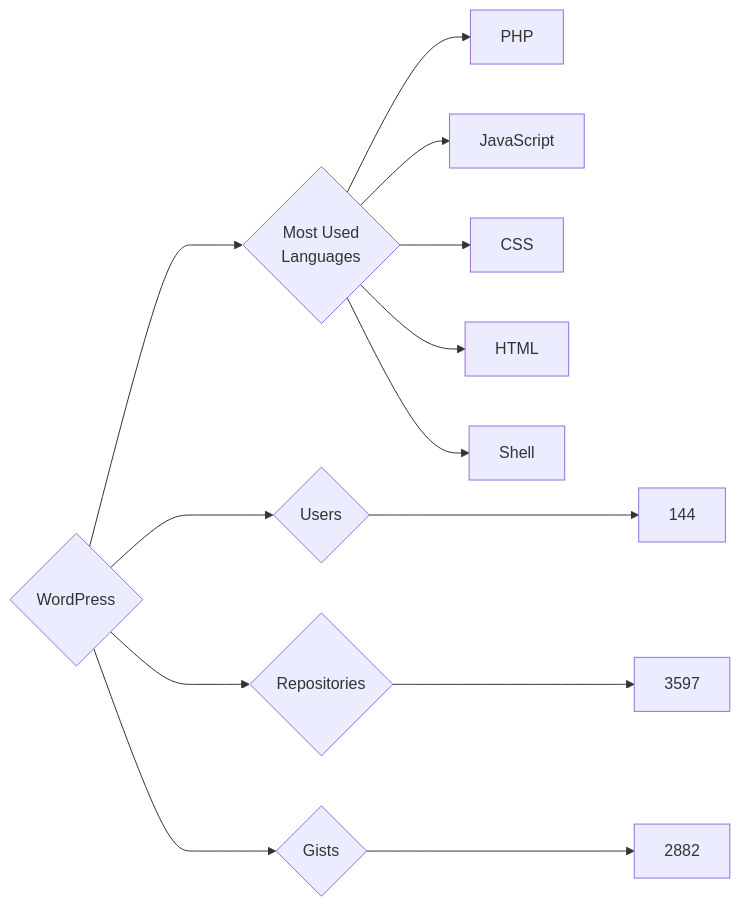
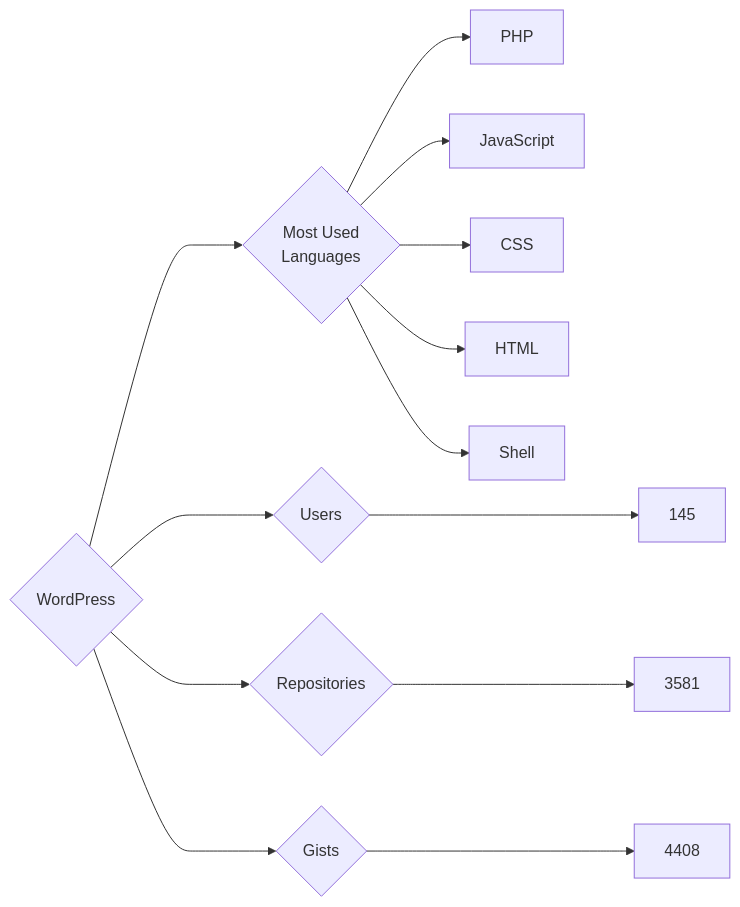
The diagram in targets/WordPress/README.md (trickest/insiders), drawn with Mermaid before and after one commit. The commit also changed 1508 other files, not shown here.

````diff
--- a/targets/WordPress/README.md
+++ b/targets/WordPress/README.md
@@ -3,13 +3,13 @@
 ```mermaid
 graph LR
 COMPANY_NAME{WordPress}
-COMPANY_NAME ---> U{Users} ---> UN[144]
-COMPANY_NAME ---> R{Repositories} ---> RN[3597]
-COMPANY_NAME ---> G{Gists} ---> GN[2882]
+COMPANY_NAME ---> U{Users} ---> UN[145]
+COMPANY_NAME ---> R{Repositories} ---> RN[3581]
+COMPANY_NAME ---> G{Gists} ---> GN[4408]
 COMPANY_NAME ---> ML{Most Used<br>Languages}
 ML --> PHP[PHP]
 ML --> JavaScript[JavaScript]
 ML --> CSS[CSS]
 ML --> HTML[HTML]
 ML --> Shell[Shell]
 ```
````
